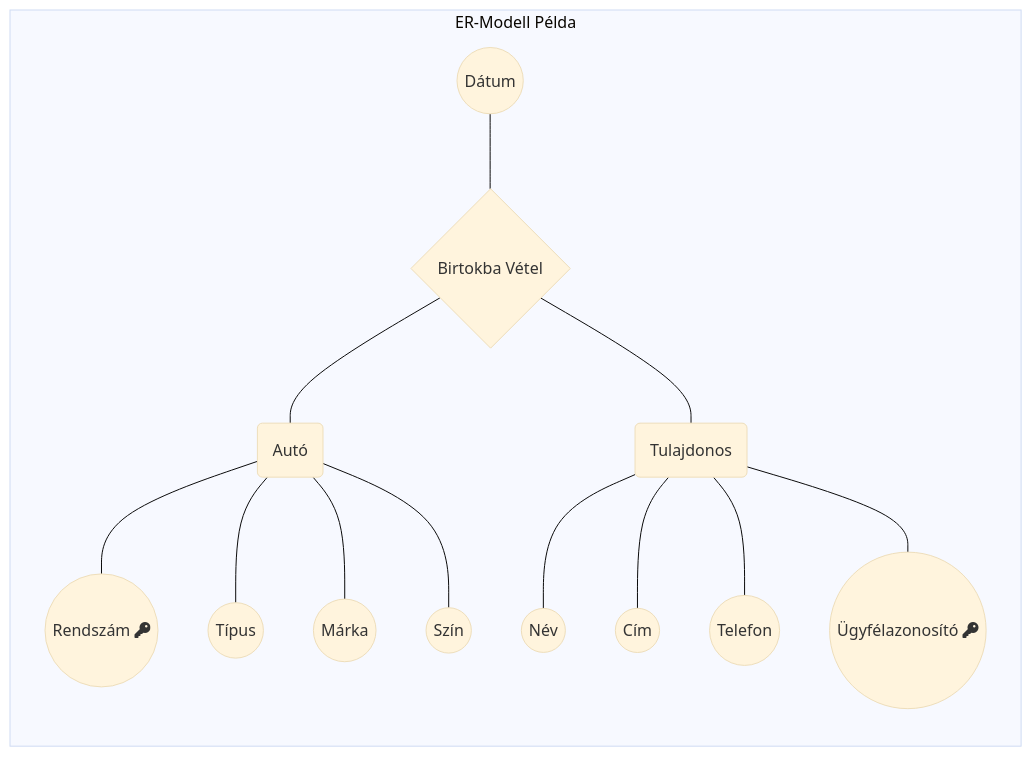
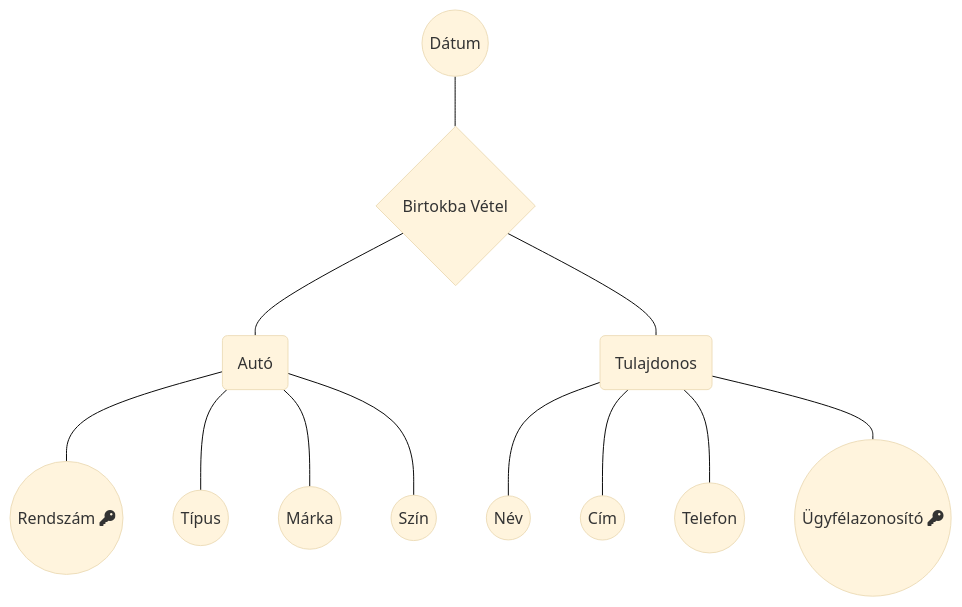
The second of 2 diagrams in README.md (gydoma/DB-Kezeles), drawn with Mermaid (base theme) before and after one commit. The commit also changed other lines of this file, not shown here.

````diff
--- a/README.md
+++ b/README.md
@@ -47,34 +59,31 @@
-```Mermaid
-flowchart RL
-    subgraph ER-Modell Példa
+```mermaid
+flowchart TB
     D((Dátum))
     B(Autó)
     A{Birtokba Vétel}
 
     C(Tulajdonos)
     E((Rendszám fa:fa-key))
     F((Típus))
     G((Márka))
     H((Szín))
 
     I((Név))
     J((Cím))
     K((Telefon))
     L((Ügyfélazonosító fa:fa-key))
 
     D --- A
     A --- B
     A --- C
 
     B --- E
     B --- F
     B --- G
     B --- H
 
     C --- I
     C --- J
     C --- K
     C --- L
-
-    end
 ```
````
